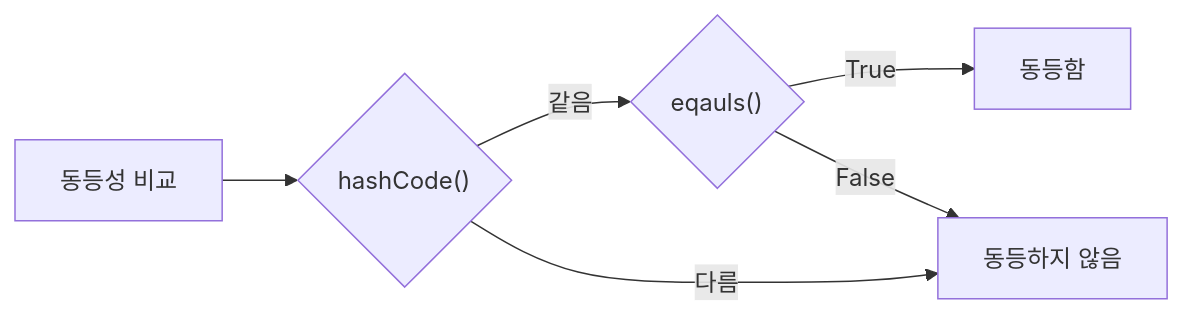
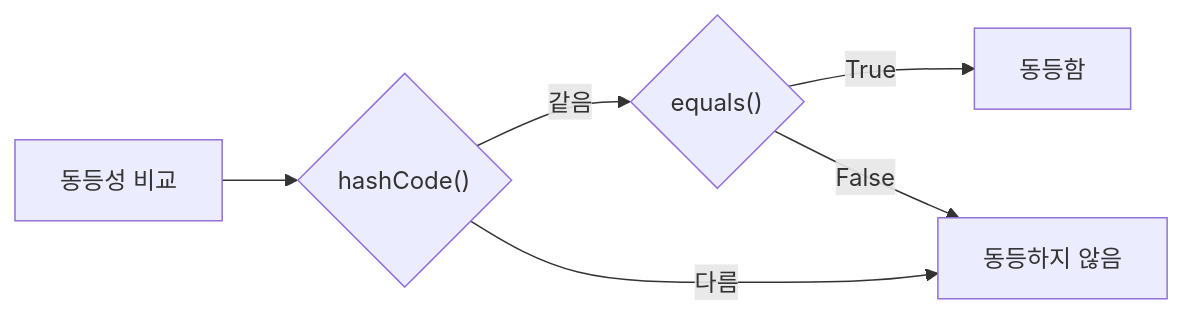
Before and after one commit to tkdgh816/java-learning: the diagram in exercise/summary/equals, hashCode 재정의.md, drawn with Mermaid. The commit also changed other lines of this file and 2 other files, not shown here.

Commit message:
summary 정리(equals/hashCode, exception, 면접질문)

````diff
--- a/exercise/summary/equals, hashCode 재정의.md
+++ b/exercise/summary/equals, hashCode 재정의.md
@@ -10,8 +9,8 @@
 ```mermaid
 graph LR;
   S["동등성 비교"]-->A;
-  A{"hashCode()"}-->|같음|B{"eqauls()"};
-  B-->|True|C["동등함"];
-  A-->|다름|T["동등하지 않음"];
-  B-->|False|T
+  A{"hashCode()"}-->|같음|B{"equals()"};
+  B-->|True|Y["동등함"];
+  A-->|다름|N["동등하지 않음"];
+  B-->|False|N
 ```
````
